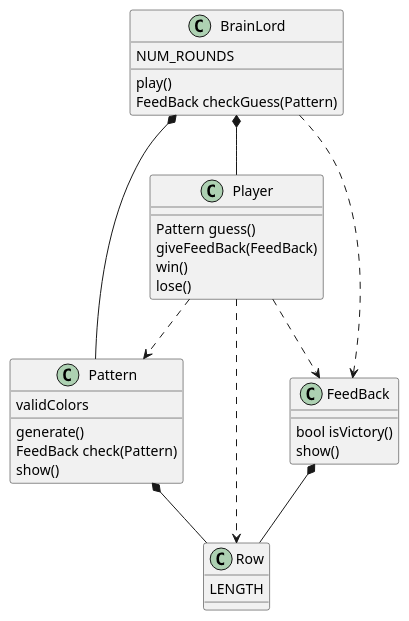
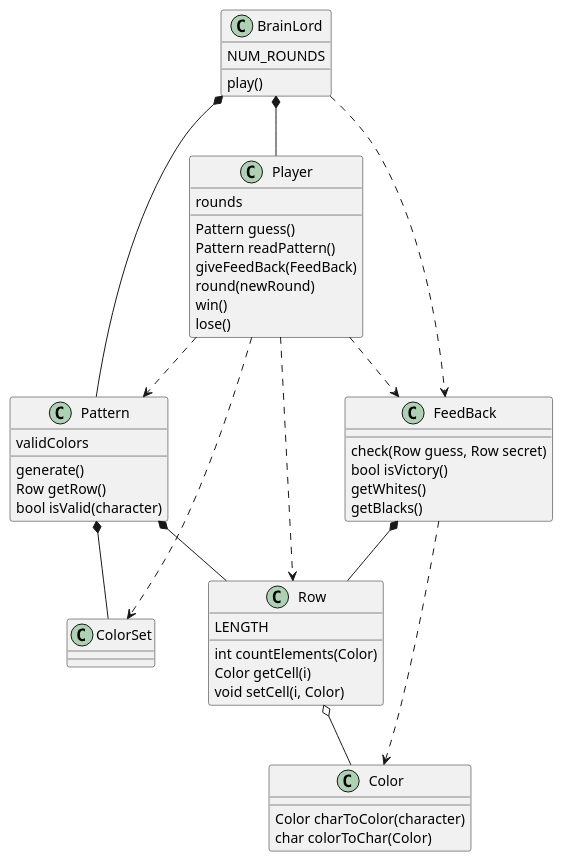
Before and after one commit to hombrenieve/brainlord: the diagram in brainlord/analysis/brainlord.puml, drawn with PlantUML.

Commit message:
Changes to the class diagram
To adapt to the new modifications

```diff
--- a/brainlord/analysis/brainlord.puml
+++ b/brainlord/analysis/brainlord.puml
@@ -1,43 +1,64 @@
 @startuml
 
 class BrainLord { 
 	NUM_ROUNDS
 	play()
-	FeedBack checkGuess(Pattern) 
 } 
 
 class Player {
+	rounds
 	Pattern guess() 
-	giveFeedBack(FeedBack) 
+	Pattern readPattern()
+	giveFeedBack(FeedBack)
+	round(newRound)
 	win() 
 	lose() 
 } 
 
 class Pattern { 
 	validColors
-	generate() 
-	FeedBack check(Pattern) 
-	show() 
+	generate()
+	Row getRow()
+	bool isValid(character)
 } 
 
+class ColorSet {
+}
+
 class FeedBack { 
+	check(Row guess, Row secret)
 	bool isVictory() 
-	show() 
+	getWhites()
+	getBlacks()
 } 
 
 class Row {
 	LENGTH
+	int countElements(Color)
+	Color getCell(i)
+	void setCell(i, Color)
+}
+
+class Color {
+	Color charToColor(character)
+	char colorToChar(Color)
 }
 
 BrainLord *-- Player 
 BrainLord *-- Pattern 
 BrainLord ..> FeedBack 
 
 Player ..> Pattern 
 Player ..> FeedBack
 Player ..> Row
+Player ..> ColorSet
 
+Pattern *-- ColorSet
 Pattern *-- Row
 FeedBack *-- Row
 
+FeedBack ..> Color
+
+Row o-- Color
+
 @enduml
```
